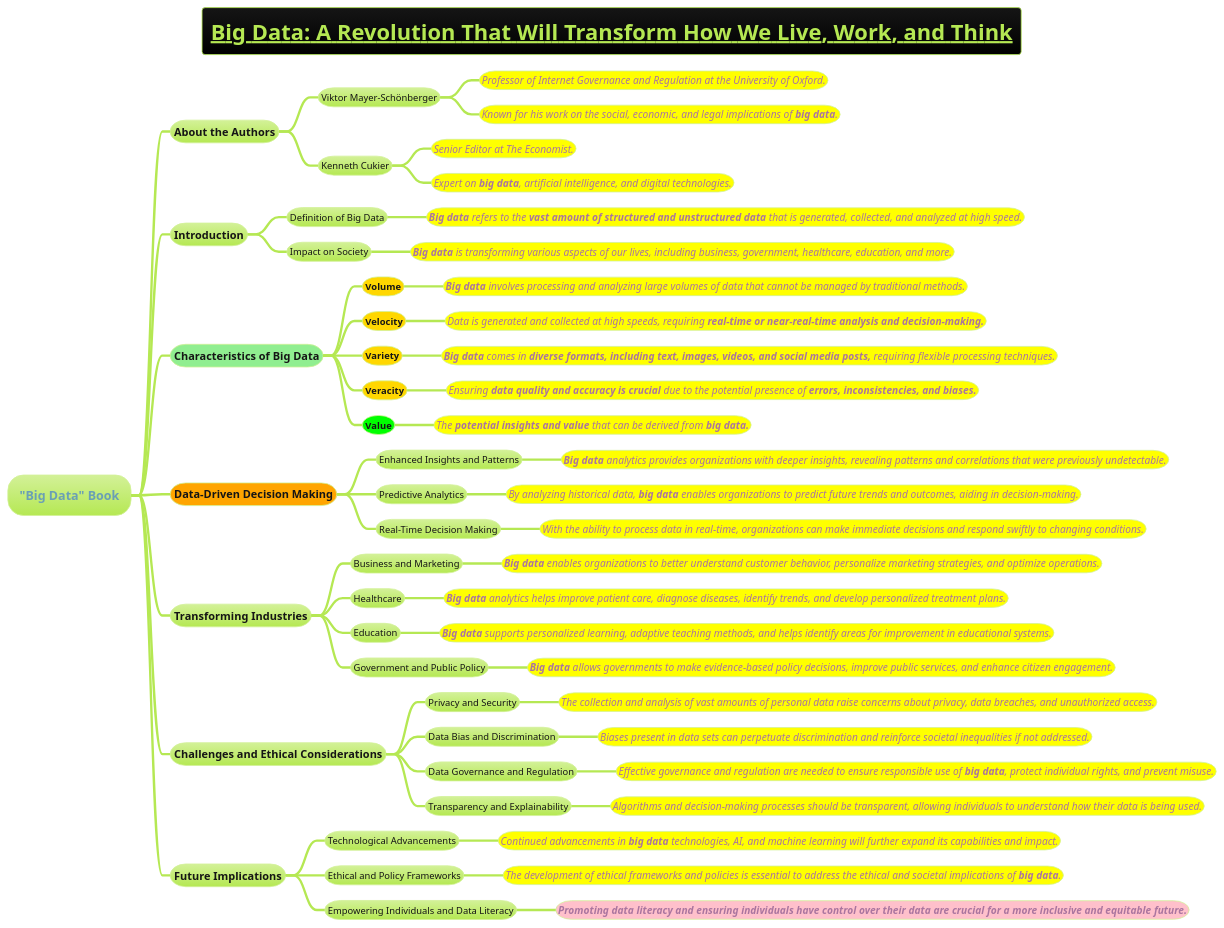
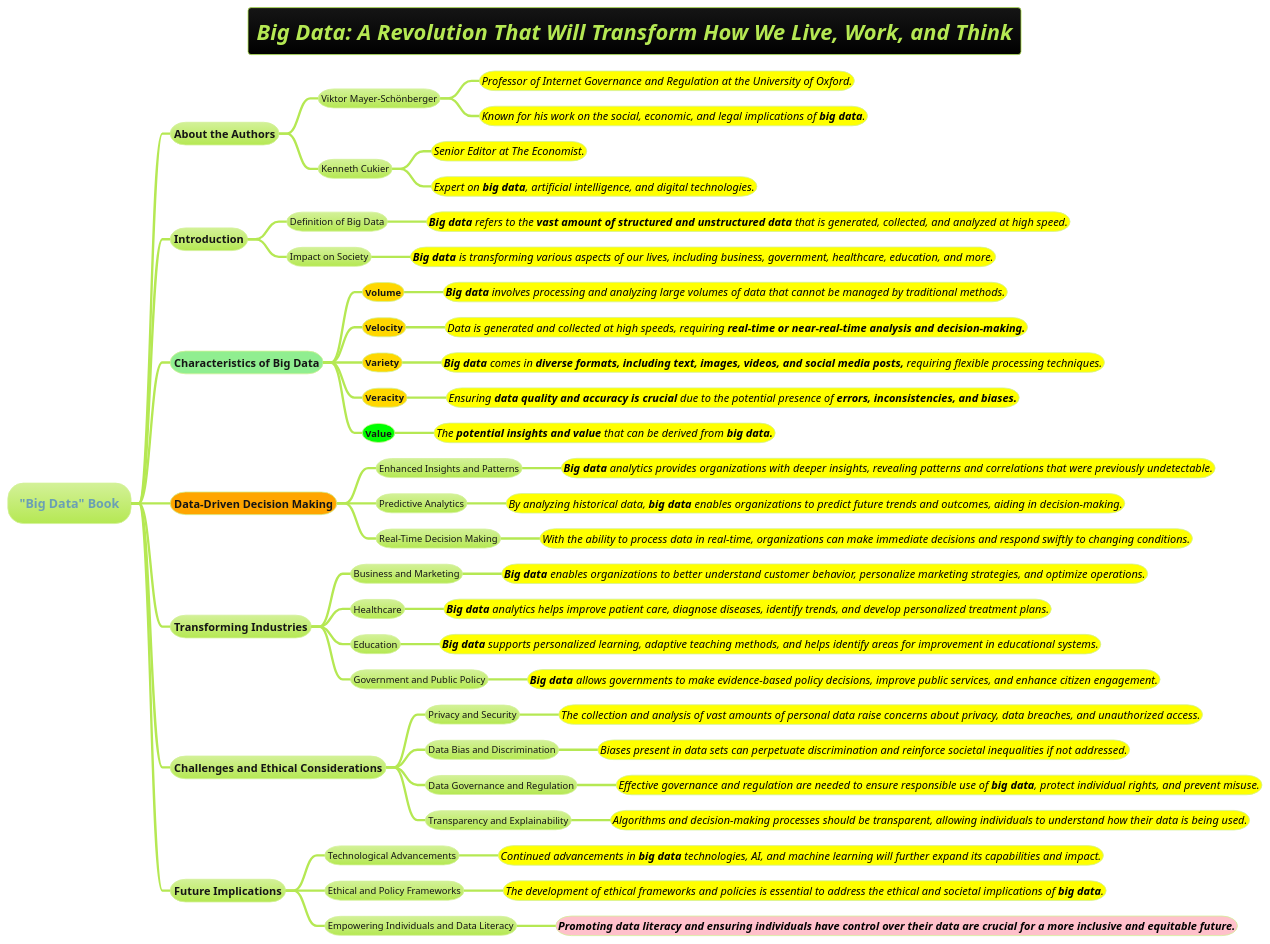
The diagram in docs/AI-ML-DL-Data-Science-and-BigData/big-data/Big-Data-A-Revolution-That-Will-Transform-How-We-Live-Work-and-Think.puml (MehmoodHashmi/Documentation-as-Code-DaC), drawn with PlantUML before and after one commit. The commit also changed 5 other files, not shown here.

```diff
--- a/docs/AI-ML-DL-Data-Science-and-BigData/big-data/Big-Data-A-Revolution-That-Will-Transform-How-We-Live-Work-and-Think.puml
+++ b/docs/AI-ML-DL-Data-Science-and-BigData/big-data/Big-Data-A-Revolution-That-Will-Transform-How-We-Live-Work-and-Think.puml
@@ -1,83 +1,83 @@
 @startmindmap
-title =__Big Data: A Revolution That Will Transform How We Live, Work, and Think__
+title =<i>Big Data: A Revolution That Will Transform How We Live, Work, and Think
 !theme hacker
 
 * "Big Data" Book
 ** About the Authors
 *** Viktor Mayer-Schönberger
-****[#yellow] ====<size:13>Professor of Internet Governance and Regulation at the University of Oxford.
-****[#yellow] ====<size:13>Known for his work on the social, economic, and legal implications of **big data**.
+****[#yellow] <size:14><color #black><i>Professor of Internet Governance and Regulation at the University of Oxford.
+****[#yellow] <size:14><color #black><i>Known for his work on the social, economic, and legal implications of **big data**.
 
 *** Kenneth Cukier
-****[#yellow] ====<size:13>Senior Editor at The Economist.
-****[#yellow] ====<size:13>Expert on **big data**, artificial intelligence, and digital technologies.
+****[#yellow] <size:14><color #black><i>Senior Editor at The Economist.
+****[#yellow] <size:14><color #black><i>Expert on **big data**, artificial intelligence, and digital technologies.
 
 ** Introduction
 *** Definition of Big Data
-****[#yellow] ====<size:13>**Big data** refers to the **vast amount of structured and unstructured data** that is generated, collected, and analyzed at high speed.
+****[#yellow] <size:14><color #black><i>**Big data** refers to the **vast amount of structured and unstructured data** that is generated, collected, and analyzed at high speed.
 
 *** Impact on Society
-****[#yellow] ====<size:13>**Big data** is transforming various aspects of our lives, including business, government, healthcare, education, and more.
+****[#yellow] <size:14><color #black><i>**Big data** is transforming various aspects of our lives, including business, government, healthcare, education, and more.
 
 **[#lightgreen] **Characteristics of Big Data**
 ***[#gold] **Volume**
-****[#yellow] ====<size:13>**Big data** involves processing and analyzing large volumes of data that cannot be managed by traditional methods.
+****[#yellow] <size:14><color #black><i>**Big data** involves processing and analyzing large volumes of data that cannot be managed by traditional methods.
 
 ***[#gold] **Velocity**
-****[#yellow] ====<size:13>Data is generated and collected at high speeds, requiring **real-time or near-real-time analysis and decision-making.**
+****[#yellow] <size:14><color #black><i>Data is generated and collected at high speeds, requiring **real-time or near-real-time analysis and decision-making.**
 
 ***[#gold] **Variety**
-****[#yellow] ====<size:13>**Big data** comes in **diverse formats, including text, images, videos, and social media posts,** requiring flexible processing techniques.
+****[#yellow] <size:14><color #black><i>**Big data** comes in **diverse formats, including text, images, videos, and social media posts,** requiring flexible processing techniques.
 
 ***[#gold] **Veracity**
-****[#yellow] ====<size:13>Ensuring **data quality and accuracy is crucial** due to the potential presence of **errors, inconsistencies, and biases.**
+****[#yellow] <size:14><color #black><i>Ensuring **data quality and accuracy is crucial** due to the potential presence of **errors, inconsistencies, and biases.**
 ***[#lime] **Value**
-****[#yellow] ====<size:13>The **potential insights and value** that can be derived from **big data.**
+****[#yellow] <size:14><color #black><i>The **potential insights and value** that can be derived from **big data.**
 
 **[#orange] Data-Driven Decision Making
 *** Enhanced Insights and Patterns
-****[#yellow] ====<size:13>**Big data** analytics provides organizations with deeper insights, revealing patterns and correlations that were previously undetectable.
+****[#yellow] <size:14><color #black><i>**Big data** analytics provides organizations with deeper insights, revealing patterns and correlations that were previously undetectable.
 
 *** Predictive Analytics
-****[#yellow] ====<size:13>By analyzing historical data, **big data** enables organizations to predict future trends and outcomes, aiding in decision-making.
+****[#yellow] <size:14><color #black><i>By analyzing historical data, **big data** enables organizations to predict future trends and outcomes, aiding in decision-making.
 
 *** Real-Time Decision Making
-****[#yellow] ====<size:13>With the ability to process data in real-time, organizations can make immediate decisions and respond swiftly to changing conditions.
+****[#yellow] <size:14><color #black><i>With the ability to process data in real-time, organizations can make immediate decisions and respond swiftly to changing conditions.
 
 ** Transforming Industries
 *** Business and Marketing
-****[#yellow] ====<size:13>**Big data** enables organizations to better understand customer behavior, personalize marketing strategies, and optimize operations.
+****[#yellow] <size:14><color #black><i>**Big data** enables organizations to better understand customer behavior, personalize marketing strategies, and optimize operations.
 
 *** Healthcare
-****[#yellow] ====<size:13>**Big data** analytics helps improve patient care, diagnose diseases, identify trends, and develop personalized treatment plans.
+****[#yellow] <size:14><color #black><i>**Big data** analytics helps improve patient care, diagnose diseases, identify trends, and develop personalized treatment plans.
 
 *** Education
-****[#yellow] ====<size:13>**Big data** supports personalized learning, adaptive teaching methods, and helps identify areas for improvement in educational systems.
+****[#yellow] <size:14><color #black><i>**Big data** supports personalized learning, adaptive teaching methods, and helps identify areas for improvement in educational systems.
 
 *** Government and Public Policy
-****[#yellow] ====<size:13>**Big data** allows governments to make evidence-based policy decisions, improve public services, and enhance citizen engagement.
+****[#yellow] <size:14><color #black><i>**Big data** allows governments to make evidence-based policy decisions, improve public services, and enhance citizen engagement.
 
 ** Challenges and Ethical Considerations
 *** Privacy and Security
-****[#yellow] ====<size:13>The collection and analysis of vast amounts of personal data raise concerns about privacy, data breaches, and unauthorized access.
+****[#yellow] <size:14><color #black><i>The collection and analysis of vast amounts of personal data raise concerns about privacy, data breaches, and unauthorized access.
 
 *** Data Bias and Discrimination
-****[#yellow] ====<size:13>Biases present in data sets can perpetuate discrimination and reinforce societal inequalities if not addressed.
+****[#yellow] <size:14><color #black><i>Biases present in data sets can perpetuate discrimination and reinforce societal inequalities if not addressed.
 
 *** Data Governance and Regulation
-****[#yellow] ====<size:13>Effective governance and regulation are needed to ensure responsible use of **big data**, protect individual rights, and prevent misuse.
+****[#yellow] <size:14><color #black><i>Effective governance and regulation are needed to ensure responsible use of **big data**, protect individual rights, and prevent misuse.
 
 *** Transparency and Explainability
-****[#yellow] ====<size:13>Algorithms and decision-making processes should be transparent, allowing individuals to understand how their data is being used.
+****[#yellow] <size:14><color #black><i>Algorithms and decision-making processes should be transparent, allowing individuals to understand how their data is being used.
 
 ** Future Implications
 *** Technological Advancements
-****[#yellow] ====<size:13>Continued advancements in **big data** technologies, AI, and machine learning will further expand its capabilities and impact.
+****[#yellow] <size:14><color #black><i>Continued advancements in **big data** technologies, AI, and machine learning will further expand its capabilities and impact.
 
 *** Ethical and Policy Frameworks
-****[#yellow] ====<size:13>The development of ethical frameworks and policies is essential to address the ethical and societal implications of **big data**.
+****[#yellow] <size:14><color #black><i>The development of ethical frameworks and policies is essential to address the ethical and societal implications of **big data**.
 
 *** Empowering Individuals and Data Literacy
-****[#pink] ====<size:13>**Promoting data literacy and ensuring individuals have control over their data are crucial for a more inclusive and equitable future.**
+****[#pink] <size:14><color #black><i>**Promoting data literacy and ensuring individuals have control over their data are crucial for a more inclusive and equitable future.**
 
 @endmindmap
```
